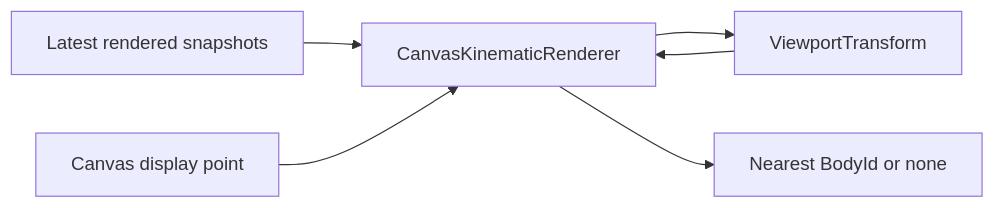
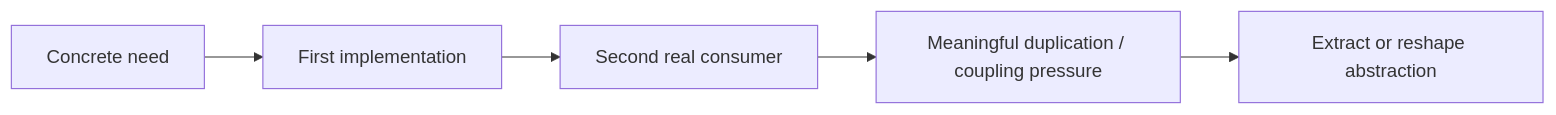
One commit to fa-ribeiro/vLab2D changed the tenth of 11 diagrams in docs/architecture/README.md. Above: the diagram before and after it, drawn with Mermaid. The commit also changed other lines of this file and 4 other files, not shown here.

Commit message:
docs: reconcile phase 2 architecture

````diff
--- a/docs/architecture/README.md
+++ b/docs/architecture/README.md
@@ -1032,14 +902,10 @@
 ```mermaid
 flowchart LR
-    SNAP["Latest rendered snapshots"]
-    POINT["Canvas display point"]
-    RENDERER["CanvasKinematicRenderer"]
-    TRANSFORM["ViewportTransform"]
-    HIT["Nearest BodyId or none"]
+    NEED["Concrete need"]
+    FIRST["First implementation"]
+    SECOND["Second real consumer"]
+    PRESSURE["Meaningful duplication / coupling pressure"]
+    ABSTRACT["Extract or reshape abstraction"]
 
-    SNAP --> RENDERER
-    POINT --> RENDERER
-    RENDERER --> TRANSFORM
-    TRANSFORM --> RENDERER
-    RENDERER --> HIT
+    NEED --> FIRST --> SECOND --> PRESSURE --> ABSTRACT
 ```
````
